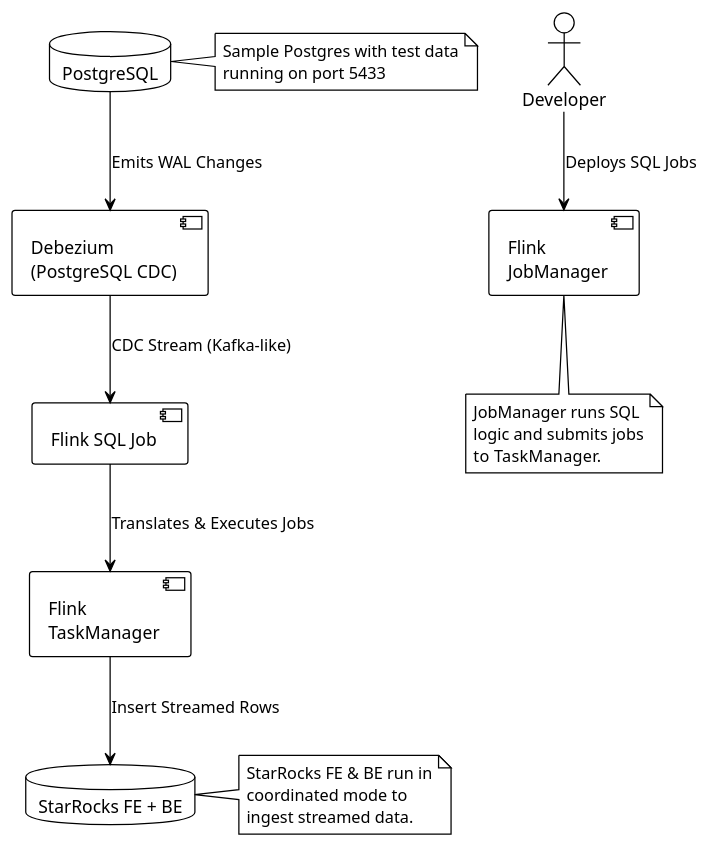
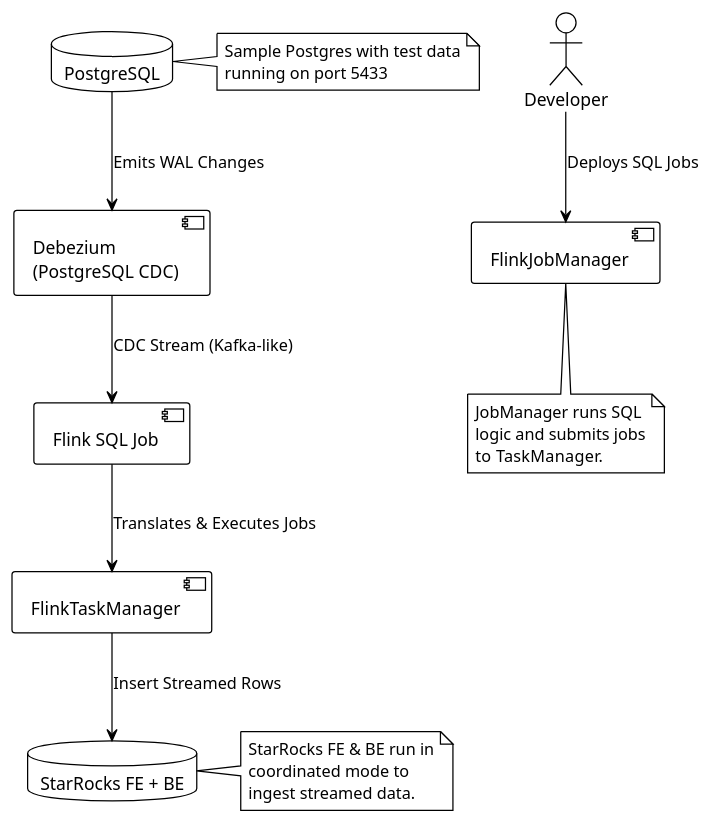
The diagram in README.md (iman-sandbox/flink-postgres-to-starrocks), drawn with PlantUML before and after one commit.

````diff
--- a/README.md
+++ b/README.md
@@ -11,36 +18,62 @@
 ```plantuml
 @startuml
 !theme plain
 actor Developer
 
 database PostgreSQL as PG
 component "Debezium\n(PostgreSQL CDC)" as Debezium
 component "Flink SQL Job" as FlinkSQL
-component "Flink\nJobManager" as JM
-component "Flink\nTaskManager" as TM
+component "FlinkJobManager" as JM
+component "FlinkTaskManager" as TM
 database "StarRocks FE + BE" as StarRocks
 
 Developer --> JM : Deploys SQL Jobs
 PG --> Debezium : Emits WAL Changes
 Debezium --> FlinkSQL : CDC Stream (Kafka-like)
 FlinkSQL --> TM : Translates & Executes Jobs
 TM --> StarRocks : Insert Streamed Rows
 
 note right of PG
-Sample Postgres with test data
-running on port 5433
+  Sample Postgres with test data
+  running on port 5433
 end note
 
 note bottom of JM
-JobManager runs SQL
-logic and submits jobs
-to TaskManager.
+  JobManager runs SQL
+  logic and submits jobs
+  to TaskManager.
 end note
 
 note right of StarRocks
-StarRocks FE & BE run in
-coordinated mode to
-ingest streamed data.
+  StarRocks FE & BE run in
+  coordinated mode to
+  ingest streamed data.
 end note
 @enduml
+
+</details> 
+
+---
+
+## 🔧 What’s Included
+
+| Component      | Description |
+|----------------|-------------|
+| `docker-compose.yml` | Spins up PostgreSQL, Debezium, StarRocks, Flink JobManager & TaskManager |
+| `setup_pipeline.sh`  | Automates cleanup, JAR download, build, and job submit |
+| `Dockerfile.jobmanager` & `Dockerfile.taskmanager` | Adds required connectors into Flink |
+| `flink_libs/`   | Auto-downloaded connector JARs (Postgres CDC, StarRocks Sink) |
+| `sql/*.sql`     | SQL scripts to create Flink source, sink, and CDC streaming jobs |
+
+---
+
+## 🚀 Quick Start
+
+```bash
+# Clone the repo
+git clone https://your.repo/flink-postgres-to-storrocks.git
+cd flink-postgres-to-storrocks
+
+# Start the full pipeline (Postgres → Flink → StarRocks)
+sudo bash setup_pipeline.sh
 ```
````
